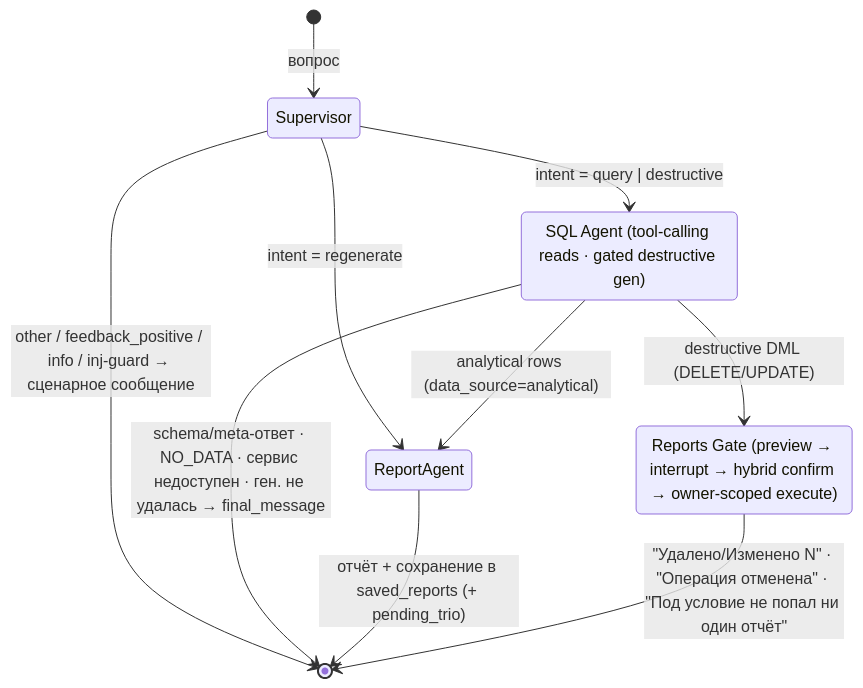
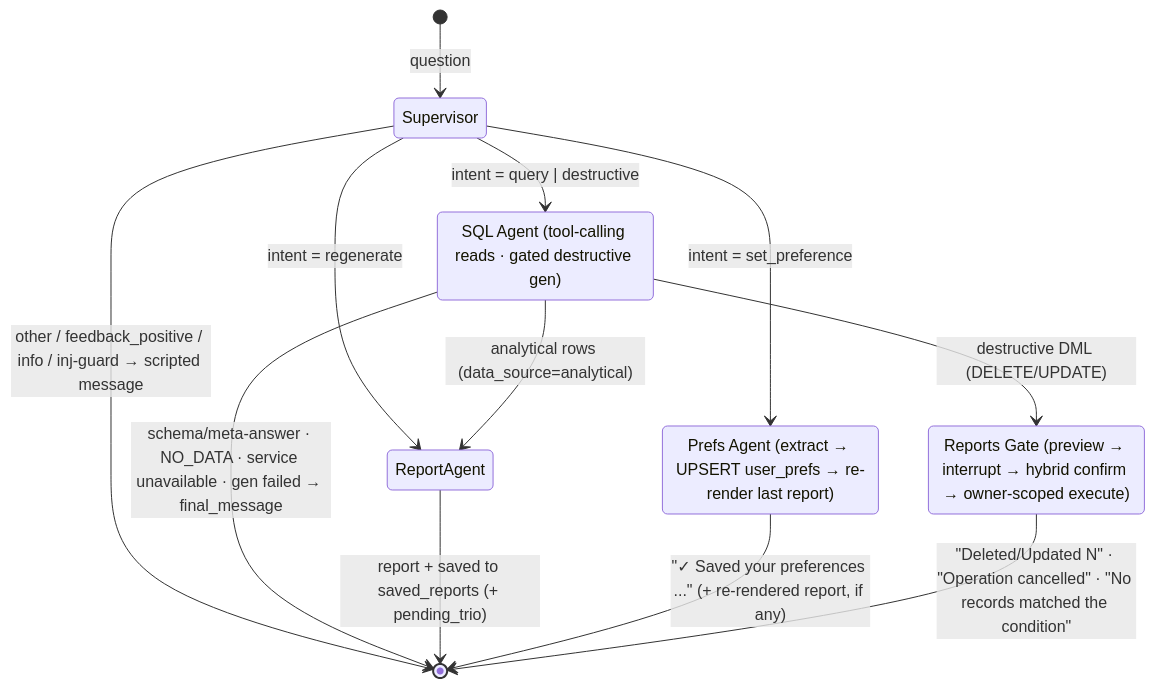
The first of 2 diagrams in Prototype.md (nikitopich/retail-data-analysis-assistant), drawn with Mermaid before and after one commit. The commit also changed other lines of this file and 19 other files, not shown here.

````diff
--- a/Prototype.md
+++ b/Prototype.md
@@ -100,18 +109,22 @@
 ```mermaid
 stateDiagram-v2
-    [*] --> Supervisor : вопрос
+    [*] --> Supervisor : question
 
     Supervisor --> SQLAgent : intent = query | destructive
     Supervisor --> ReportAgent : intent = regenerate
-    Supervisor --> [*] : other / feedback_positive / info / inj-guard → сценарное сообщение
+    Supervisor --> PrefsAgent : intent = set_preference
+    Supervisor --> [*] : other / feedback_positive / info / inj-guard → scripted message
 
     state "SQL Agent (tool-calling reads · gated destructive gen)" as SQLAgent
     SQLAgent --> ReportAgent : analytical rows (data_source=analytical)
     SQLAgent --> ReportsGate : destructive DML (DELETE/UPDATE)
-    SQLAgent --> [*] : schema/meta-ответ · NO_DATA · сервис недоступен · ген. не удалась → final_message
+    SQLAgent --> [*] : schema/meta-answer · NO_DATA · service unavailable · gen failed → final_message
 
-    ReportAgent --> [*] : отчёт + сохранение в saved_reports (+ pending_trio)
+    ReportAgent --> [*] : report + saved to saved_reports (+ pending_trio)
+
+    state "Prefs Agent (extract → UPSERT user_prefs → re-render last report)" as PrefsAgent
+    PrefsAgent --> [*] : "✓ Saved your preferences ..." (+ re-rendered report, if any)
 
     state "Reports Gate (preview → interrupt → hybrid confirm → owner-scoped execute)" as ReportsGate
-    ReportsGate --> [*] : "Удалено/Изменено N" · "Операция отменена" · "Под условие не попал ни один отчёт"
+    ReportsGate --> [*] : "Deleted/Updated N" · "Operation cancelled" · "No records matched the condition"
 ```
````
